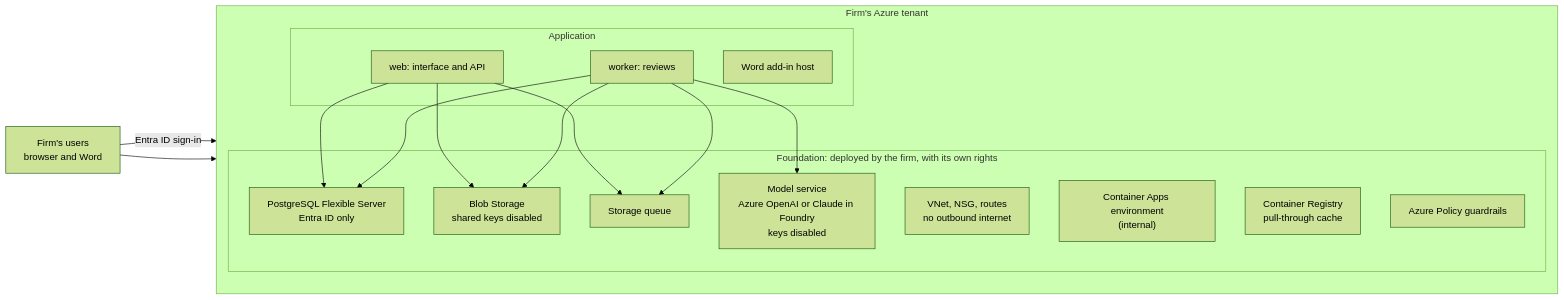
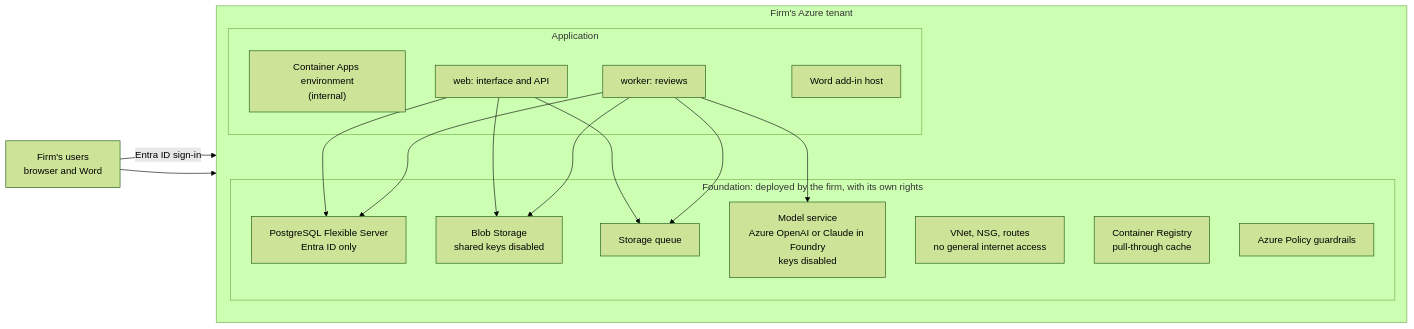
Before and after one commit to Silicon-Docket/clausewise: the diagram in docs/azure-in-tenant.md, drawn with Mermaid (forest theme). The commit also changed other lines of this file and 1 other file, not shown here.

````diff
--- a/docs/azure-in-tenant.md
+++ b/docs/azure-in-tenant.md
@@ -61,30 +62,30 @@
 ```mermaid
 flowchart LR
   subgraph firm["Firm's Azure tenant"]
     direction TB
     subgraph found["Foundation: deployed by the firm, with its own rights"]
-      NET["VNet, NSG, routes<br/>no outbound internet"]
-      ENV["Container Apps environment<br/>(internal)"]
+      NET["VNet, NSG, routes<br/>no general internet access"]
       PG["PostgreSQL Flexible Server<br/>Entra ID only"]
       BLOB["Blob Storage<br/>shared keys disabled"]
       Q["Storage queue"]
       MODEL["Model service<br/>Azure OpenAI or Claude in Foundry<br/>keys disabled"]
       ACR["Container Registry<br/>pull-through cache"]
       POL["Azure Policy guardrails"]
     end
     subgraph app["Application"]
+      ENV["Container Apps environment<br/>(internal)"]
       WEB["web: interface and API"]
       WRK["worker: reviews"]
       ADD["Word add-in host"]
     end
     WEB --> PG
     WEB --> BLOB
     WEB --> Q
     WRK --> Q
     WRK --> BLOB
     WRK --> PG
     WRK --> MODEL
   end
   Users["Firm's users<br/>browser and Word"] -- "Entra ID sign-in" --> WEB
   Users --> ADD
 ```
````
